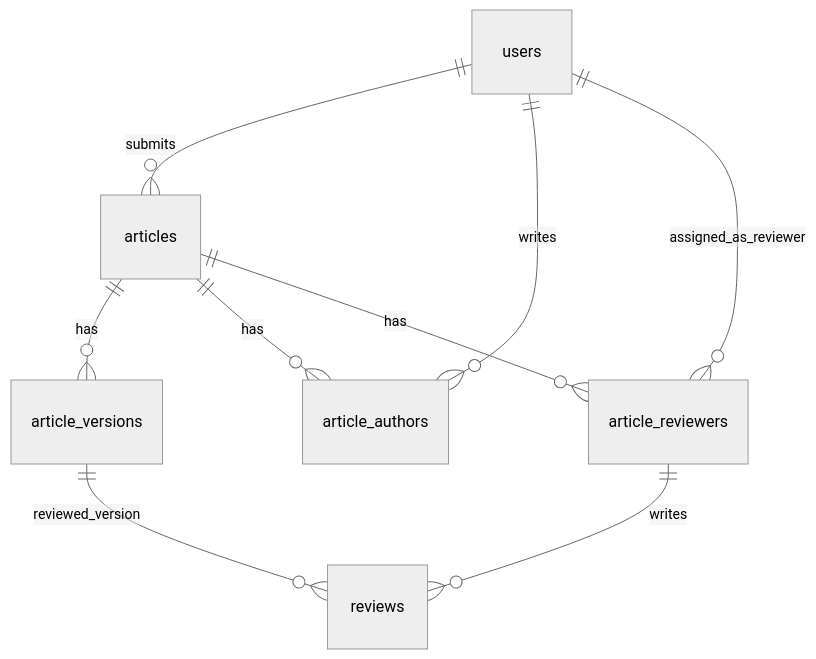
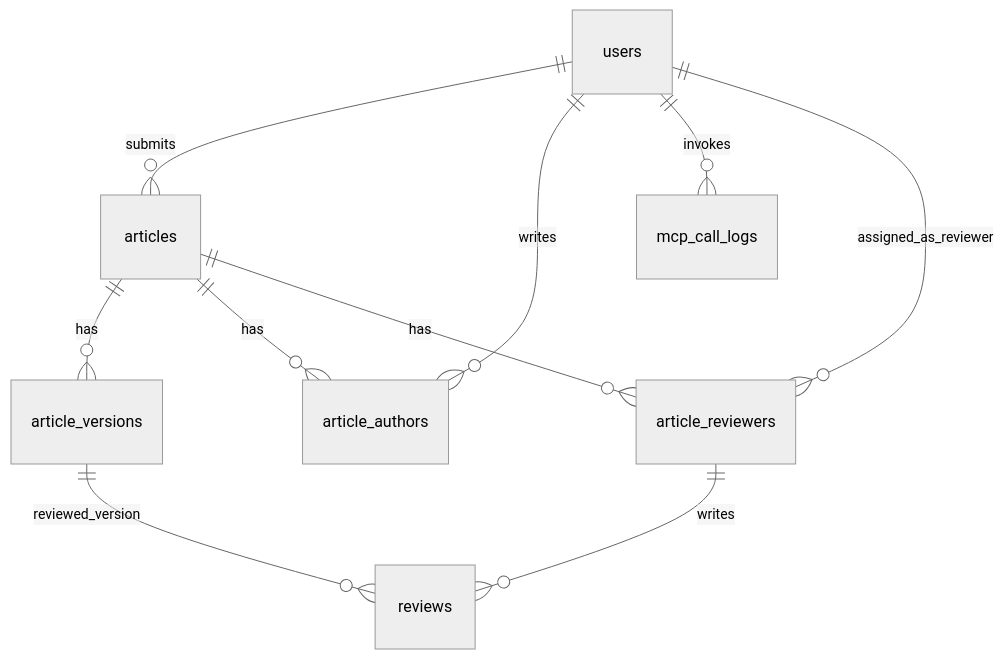
One commit to Pontmousse/albayan changed the diagram in docs/database-schema.md. Above: the diagram before and after it, drawn with Mermaid (neutral theme). The commit also changed other lines of this file and 34 other files, not shown here.

Commit message:
feat(admin): add MCP call analytics dashboard

````diff
--- a/docs/database-schema.md
+++ b/docs/database-schema.md
@@ -37,11 +37,12 @@
 ```mermaid
 erDiagram
     users ||--o{ articles : submits
     articles ||--o{ article_versions : has
     articles ||--o{ article_authors : has
     users ||--o{ article_authors : writes
+    users ||--o{ mcp_call_logs : invokes
     articles ||--o{ article_reviewers : has
     users ||--o{ article_reviewers : assigned_as_reviewer
     article_reviewers ||--o{ reviews : writes
     article_versions ||--o{ reviews : reviewed_version
 ```
````
